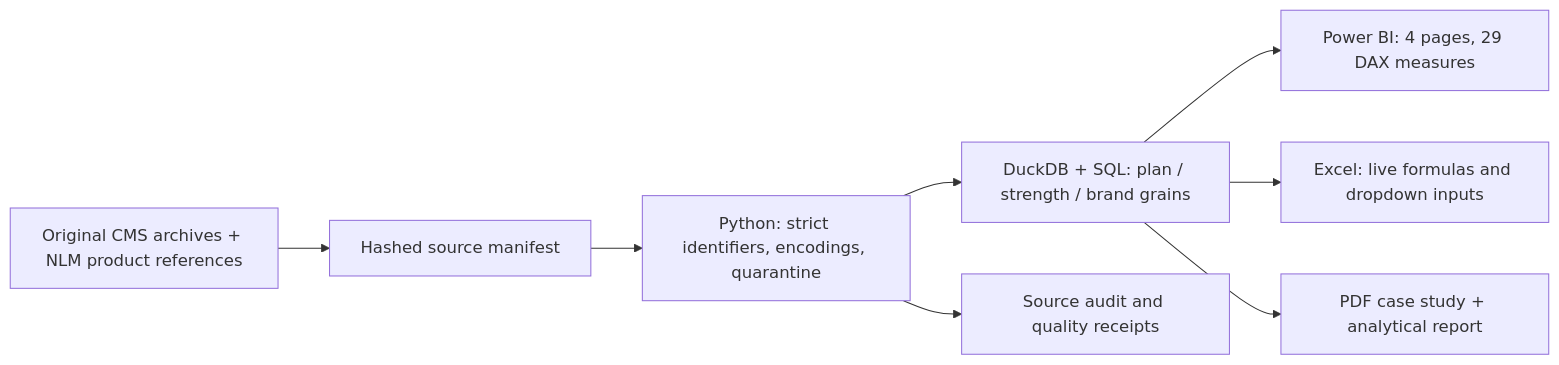
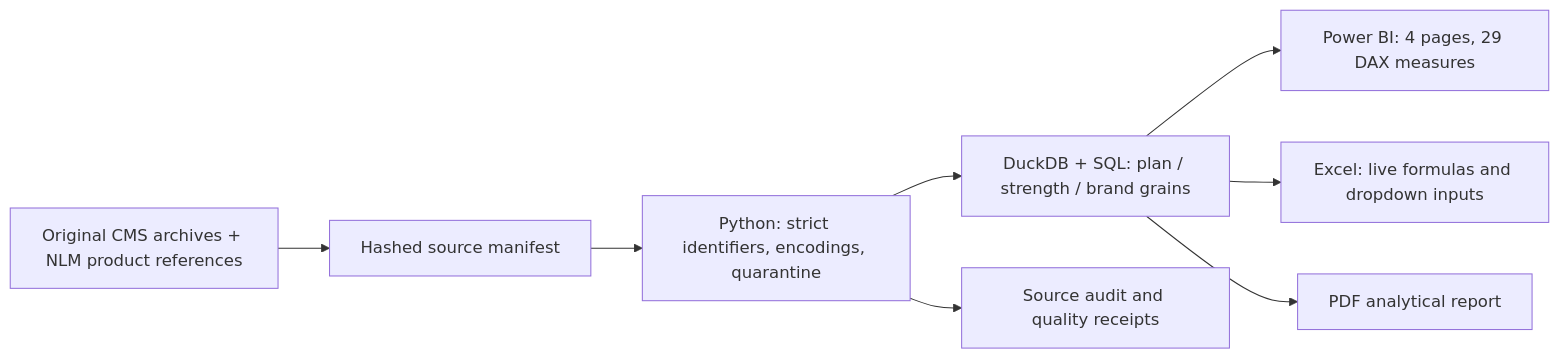
One commit to f20230125-sudo/rx-market-pulse changed the diagram in payer-access-intelligence/README.md. Above: the diagram before and after it, drawn with Mermaid. The commit also changed other lines of this file and 6 other files, not shown here.

````diff
--- a/payer-access-intelligence/README.md
+++ b/payer-access-intelligence/README.md
@@ -33,10 +32,10 @@
 ```mermaid
 flowchart LR
     A[Original CMS archives + NLM product references] --> B[Hashed source manifest]
     B --> C[Python: strict identifiers, encodings, quarantine]
     C --> D[DuckDB + SQL: plan / strength / brand grains]
     D --> E[Power BI: 4 pages, 29 DAX measures]
     D --> F[Excel: live formulas and dropdown inputs]
-    D --> G[PDF case study + analytical report]
+    D --> G[PDF analytical report]
     C --> H[Source audit and quality receipts]
 ```
````
